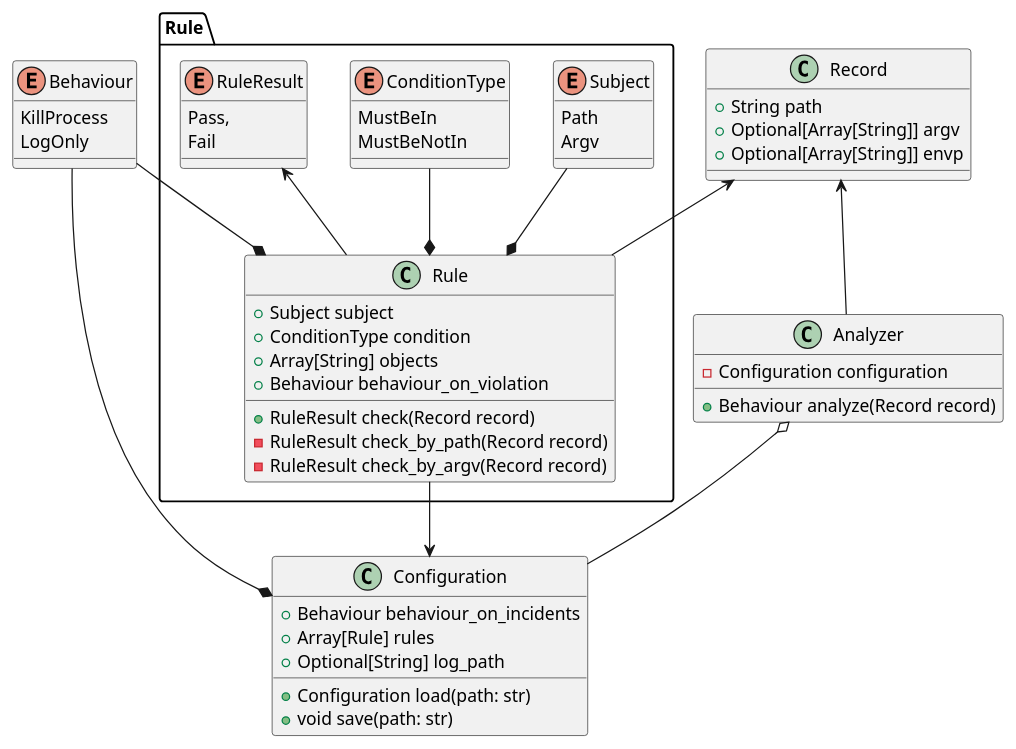
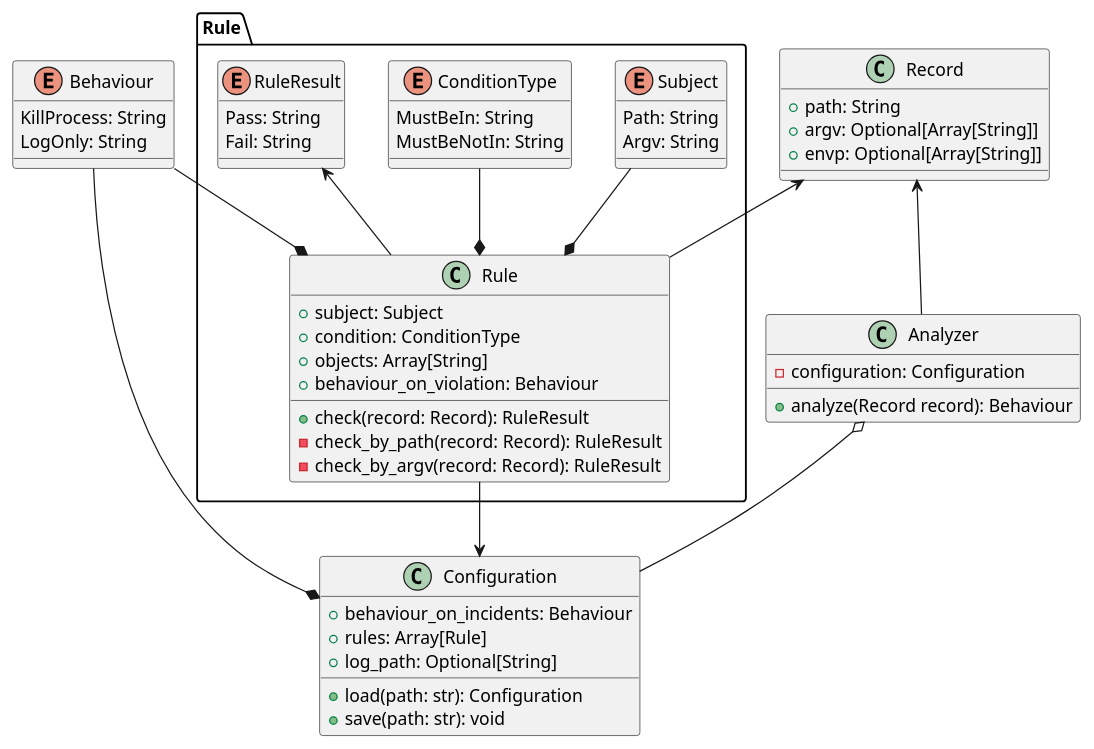
The diagram in classes.puml (HagasSaan/sova), drawn with PlantUML before and after one commit.

```diff
--- a/classes.puml
+++ b/classes.puml
@@ -1,71 +1,71 @@
 @startuml
 
 namespace Rule {
     enum Subject {
-        Path
-        Argv
+        Path: String
+        Argv: String
     }
 
     enum ConditionType {
-        MustBeIn
-        MustBeNotIn
+        MustBeIn: String
+        MustBeNotIn: String
     }
 
     enum RuleResult {
-        Pass,
-        Fail
+        Pass: String
+        Fail: String
     }
 
     class Rule {
-        +Subject subject
-        +ConditionType condition
-        +Array[String] objects
-        +Behaviour behaviour_on_violation
+        +subject: Subject
+        +condition: ConditionType
+        +objects: Array[String]
+        +behaviour_on_violation: Behaviour
 
-        +RuleResult check(Record record)
-        -RuleResult check_by_path(Record record)
-        -RuleResult check_by_argv(Record record)
+        +check(record: Record): RuleResult
+        -check_by_path(record: Record): RuleResult
+        -check_by_argv(record: Record): RuleResult
     }
 }
 
 enum Behaviour {
-    KillProcess
-    LogOnly
+    KillProcess: String
+    LogOnly: String
 }
 
 class Record {
-    +String path
-    +Optional[Array[String]] argv
-    +Optional[Array[String]] envp
+    +path: String
+    +argv: Optional[Array[String]]
+    +envp: Optional[Array[String]]
 }
 
 class Configuration {
-    +Behaviour behaviour_on_incidents
-    +Array[Rule] rules
-    +Optional[String] log_path
+    +behaviour_on_incidents: Behaviour
+    +rules: Array[Rule]
+    +log_path: Optional[String]
 
-    +Configuration load(path: str)
-    +void save(path: str)
+    +load(path: str): Configuration
+    +save(path: str): void
 }
 
 class Analyzer {
-    -Configuration configuration
+    -configuration: Configuration
 
-    +Behaviour analyze(Record record)
+    +analyze(Record record): Behaviour
 }
 
 
 Behaviour --* Configuration
 Rule.Rule --> Configuration
 
 Behaviour --* Rule.Rule
 Rule.ConditionType --* Rule.Rule
 Rule.Subject --* Rule.Rule
 Record <-- Rule.Rule
 Rule.RuleResult <-- Rule.Rule
 
 Analyzer o-- Configuration
 
 Record <-- Analyzer
 
 @enduml
```
